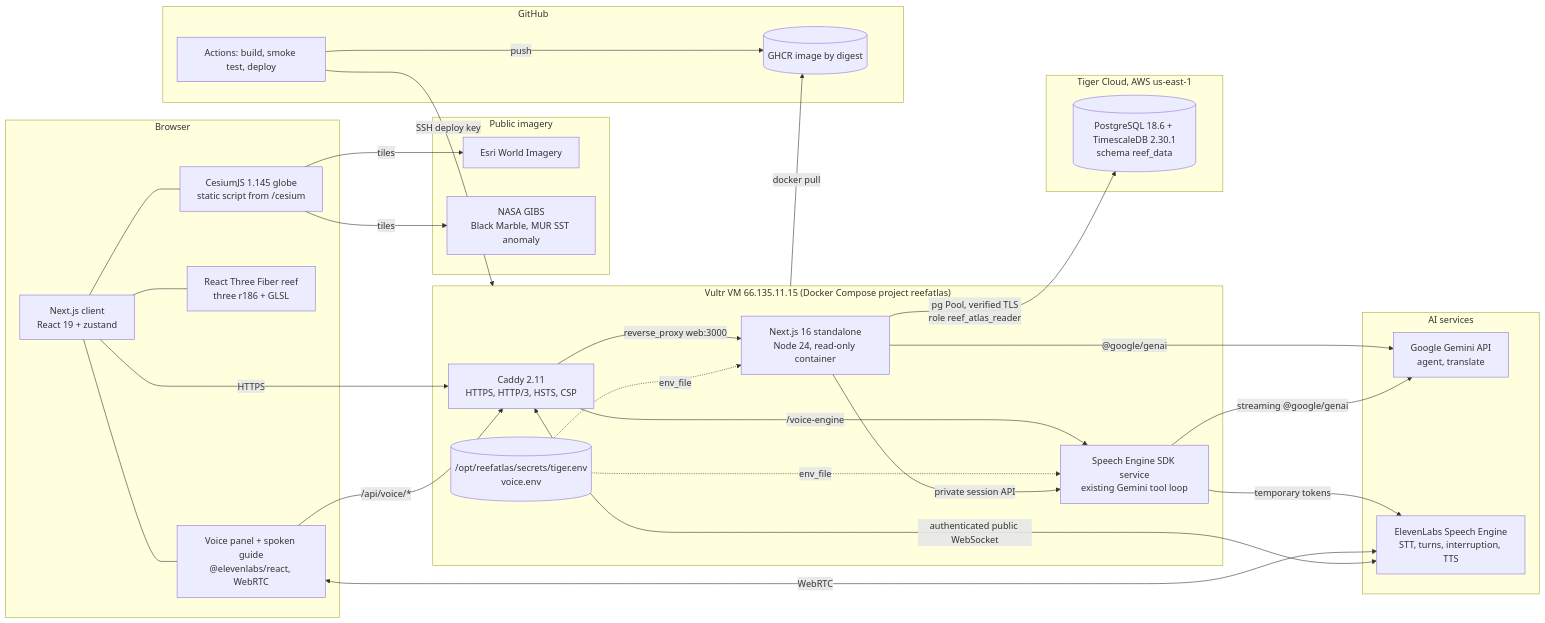
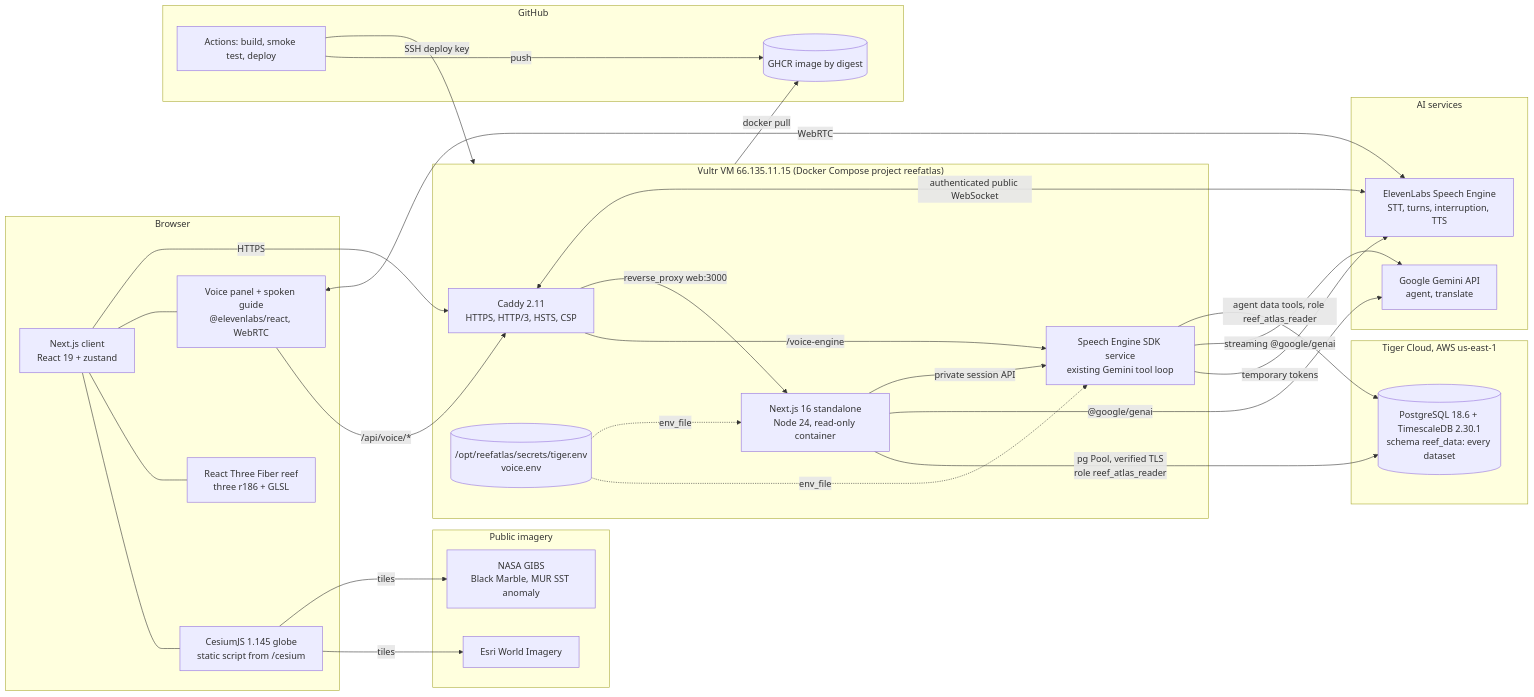
Before and after one commit to VJL0/owlhack-2026: the first of 11 diagrams in README.md, drawn with Mermaid. The commit also changed other lines of this file and 70 other files, not shown here.

````diff
--- a/README.md
+++ b/README.md
@@ -83,57 +92,58 @@
 ```mermaid
 flowchart LR
     subgraph Client["Browser"]
         UI["Next.js client<br/>React 19 + zustand"]
         Globe["CesiumJS 1.145 globe<br/>static script from /cesium"]
         Reef["React Three Fiber reef<br/>three r186 + GLSL"]
         Voice["Voice panel + spoken guide<br/>@elevenlabs/react, WebRTC"]
         UI --- Globe
         UI --- Reef
         UI --- Voice
     end
 
     subgraph Vultr["Vultr VM 66.135.11.15 (Docker Compose project reefatlas)"]
         Caddy["Caddy 2.11<br/>HTTPS, HTTP/3, HSTS, CSP"]
         Web["Next.js 16 standalone<br/>Node 24, read-only container"]
         Secret[("/opt/reefatlas/secrets/tiger.env<br/>voice.env")]
         Speech["Speech Engine SDK service<br/>existing Gemini tool loop"]
         Caddy -->|"/voice-engine"| Speech
         Secret -.->|"env_file"| Speech
         Caddy -->|"reverse_proxy web:3000"| Web
         Secret -.->|"env_file"| Web
     end
 
     subgraph Tiger["Tiger Cloud, AWS us-east-1"]
-        PG[("PostgreSQL 18.6 + TimescaleDB 2.30.1<br/>schema reef_data")]
+        PG[("PostgreSQL 18.6 + TimescaleDB 2.30.1<br/>schema reef_data: every dataset")]
     end
 
     subgraph AI["AI services"]
         Gemini["Google Gemini API<br/>agent, translate"]
         Eleven["ElevenLabs Speech Engine<br/>STT, turns, interruption, TTS"]
     end
 
     subgraph Tiles["Public imagery"]
         Esri["Esri World Imagery"]
         GIBS["NASA GIBS<br/>Black Marble, MUR SST anomaly"]
     end
 
     subgraph CI["GitHub"]
         GHA["Actions: build, smoke test, deploy"]
         GHCR[("GHCR image by digest")]
     end
 
     UI -->|"HTTPS"| Caddy
     Voice -->|"/api/voice/*"| Caddy
     Globe -->|"tiles"| Esri
     Globe -->|"tiles"| GIBS
     Web -->|"pg Pool, verified TLS<br/>role reef_atlas_reader"| PG
     Web -->|"@google/genai"| Gemini
     Web -->|"private session API"| Speech
     Speech -->|"temporary tokens"| Eleven
     Voice <-->|"WebRTC"| Eleven
     Eleven <-->|"authenticated public WebSocket"| Caddy
     Speech -->|"streaming @google/genai"| Gemini
+    Speech -->|"agent data tools, role reef_atlas_reader"| PG
     GHA -->|"push"| GHCR
     GHA -->|"SSH deploy key"| Vultr
     Vultr -->|"docker pull"| GHCR
 ```
````
